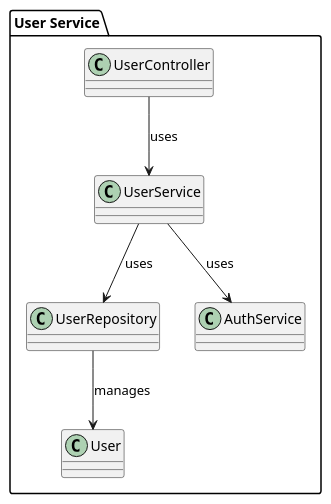
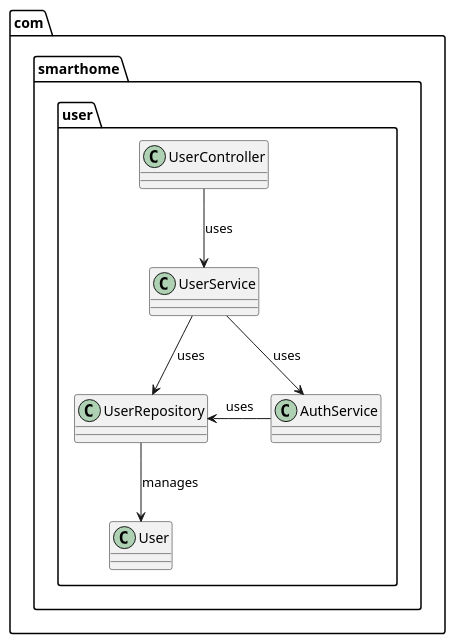
Before and after one commit to Madm1key/architecture-warmhouse: the diagram in diagram/code/SmartHome_UserService.puml, drawn with PlantUML. The commit also changed 2 other files, not shown here.

Commit message:
doc: обновлены диаграммы для сервисов обработки данных, устройств и пользователей с учетом новой структуры пакетов

```diff
--- a/diagram/code/SmartHome_UserService.puml
+++ b/diagram/code/SmartHome_UserService.puml
@@ -1,8 +1,9 @@
 @startuml
-package "User Service" {
+package com.smarthome.user {
   UserController --> UserService : uses
   UserService --> UserRepository : uses
   UserService --> AuthService : uses
+  AuthService -left-> UserRepository : uses
   UserRepository --> User : manages
 }
 @enduml
```
